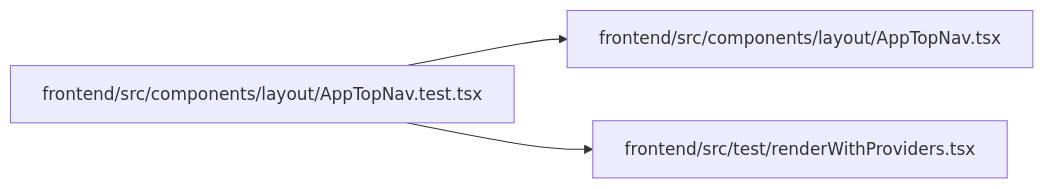
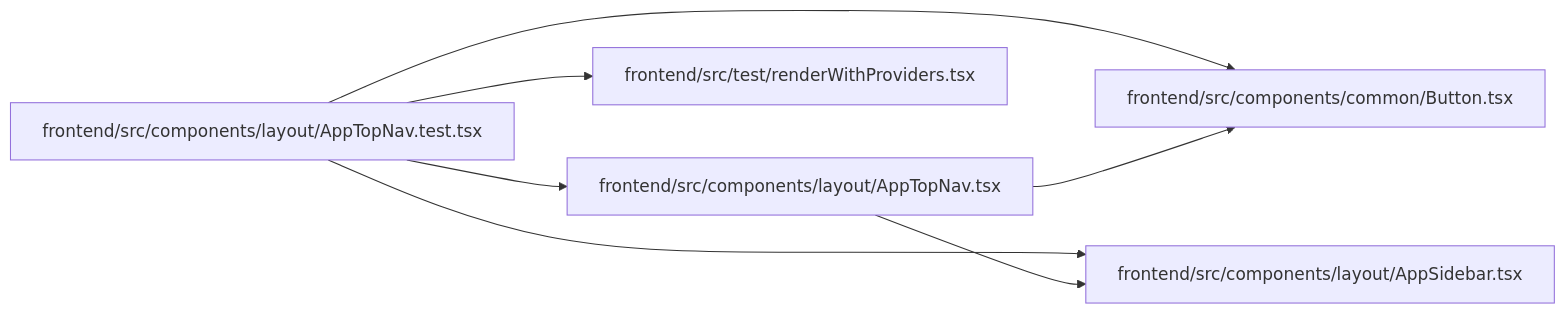
Before and after one commit to Denissvgn/WorkChord: the diagram in docs/llm_wiki/modules/AppTopNav.test.md, drawn with Mermaid. The commit also changed other lines of this file and 2373 other files, not shown here.

````diff
--- a/docs/llm_wiki/modules/AppTopNav.test.md
+++ b/docs/llm_wiki/modules/AppTopNav.test.md
@@ -28,11 +30,19 @@
 ```mermaid
 flowchart LR
-    n0["frontend/src/components/layout/AppTopNav.test.tsx"]
-    n1["frontend/src/components/layout/AppTopNav.tsx"]
-    n2["frontend/src/test/renderWithProviders.tsx"]
-    n0 --> n1
-    n0 --> n2
-    click n0 "../modules/AppTopNav.test.md"
-    click n1 "../modules/AppTopNav.md"
-    click n2 "../modules/renderWithProviders.md"
+    n0["frontend/src/components/common/Button.tsx"]
+    n1["frontend/src/components/layout/AppSidebar.tsx"]
+    n2["frontend/src/components/layout/AppTopNav.test.tsx"]
+    n3["frontend/src/components/layout/AppTopNav.tsx"]
+    n4["frontend/src/test/renderWithProviders.tsx"]
+    n2 --> n0
+    n2 --> n1
+    n2 --> n3
+    n2 --> n4
+    n3 --> n0
+    n3 --> n1
+    click n0 "../modules/Button.md"
+    click n1 "../modules/AppSidebar.md"
+    click n2 "../modules/AppTopNav.test.md"
+    click n3 "../modules/AppTopNav.md"
+    click n4 "../modules/renderWithProviders.md"
 ```
````
